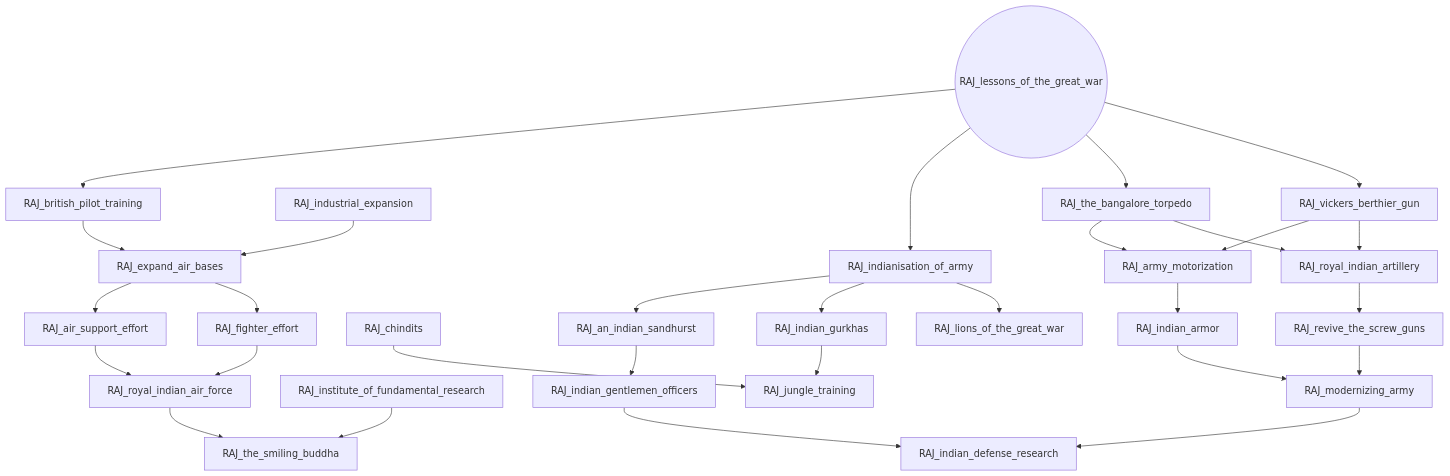
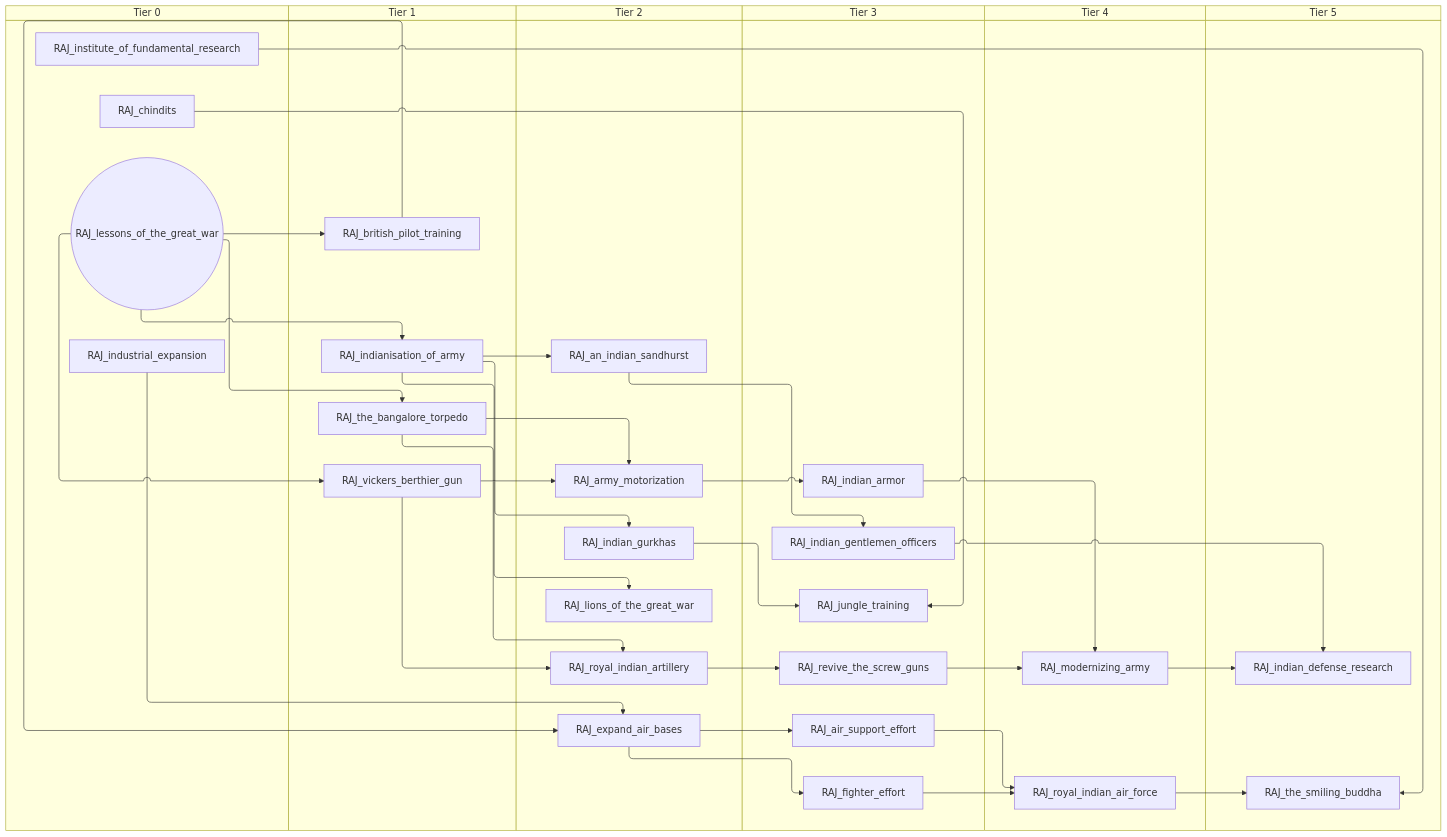
The second of 3 diagrams in docs/gdd/National Focuses/india.md (evgeny-sobol/hoi4-sandbox-mode), drawn with Mermaid before and after one commit. The commit also changed other lines of this file and 80 other files, not shown here.

First line of the commit message:
Add swimlane mode to focus graph exporter

````diff
--- a/docs/gdd/National Focuses/india.md
+++ b/docs/gdd/National Focuses/india.md
@@ -78,55 +92,67 @@
 ```mermaid
-flowchart TD
-    n2["RAJ_air_support_effort"]
-    n32["RAJ_an_indian_sandhurst"]
-    n33["RAJ_army_motorization"]
-    n5["RAJ_british_pilot_training"]
-    n34["RAJ_chindits"]
-    n11["RAJ_expand_air_bases"]
-    n13["RAJ_fighter_effort"]
-    n35["RAJ_indian_armor"]
-    n36["RAJ_indian_defense_research"]
-    n37["RAJ_indian_gentlemen_officers"]
-    n38["RAJ_indian_gurkhas"]
-    n39["RAJ_indianisation_of_army"]
-    n17["RAJ_industrial_expansion"]
-    n18["RAJ_institute_of_fundamental_research"]
-    n40["RAJ_jungle_training"]
-    n41(("RAJ_lessons_of_the_great_war"))
-    n42["RAJ_lions_of_the_great_war"]
-    n43["RAJ_modernizing_army"]
-    n44["RAJ_revive_the_screw_guns"]
-    n24["RAJ_royal_indian_air_force"]
-    n45["RAJ_royal_indian_artillery"]
-    n46["RAJ_the_bangalore_torpedo"]
-    n30["RAJ_the_smiling_buddha"]
-    n47["RAJ_vickers_berthier_gun"]
-    n11 --> n2
-    n39 --> n32
-    n46 --> n33
-    n47 --> n33
-    n41 --> n5
-    n5 --> n11
-    n17 --> n11
-    n11 --> n13
+swimlane-beta TD
+    subgraph tier_0["Tier 0"]
+        n32["RAJ_chindits"]
+        n4["RAJ_industrial_expansion"]
+        n22["RAJ_institute_of_fundamental_research"]
+        n33(("RAJ_lessons_of_the_great_war"))
+    end
+    subgraph tier_1["Tier 1"]
+        n1["RAJ_british_pilot_training"]
+        n34["RAJ_indianisation_of_army"]
+        n35["RAJ_the_bangalore_torpedo"]
+        n36["RAJ_vickers_berthier_gun"]
+    end
+    subgraph tier_2["Tier 2"]
+        n37["RAJ_an_indian_sandhurst"]
+        n38["RAJ_army_motorization"]
+        n6["RAJ_expand_air_bases"]
+        n39["RAJ_indian_gurkhas"]
+        n40["RAJ_lions_of_the_great_war"]
+        n41["RAJ_royal_indian_artillery"]
+    end
+    subgraph tier_3["Tier 3"]
+        n12["RAJ_air_support_effort"]
+        n14["RAJ_fighter_effort"]
+        n42["RAJ_indian_armor"]
+        n43["RAJ_indian_gentlemen_officers"]
+        n44["RAJ_jungle_training"]
+        n45["RAJ_revive_the_screw_guns"]
+    end
+    subgraph tier_4["Tier 4"]
+        n46["RAJ_modernizing_army"]
+        n23["RAJ_royal_indian_air_force"]
+    end
+    subgraph tier_5["Tier 5"]
+        n47["RAJ_indian_defense_research"]
+        n29["RAJ_the_smiling_buddha"]
+    end
+    n6 --> n12
+    n34 --> n37
+    n35 --> n38
+    n36 --> n38
+    n33 --> n1
+    n1 --> n6
+    n4 --> n6
+    n6 --> n14
+    n38 --> n42
+    n46 --> n47
+    n43 --> n47
+    n37 --> n43
+    n34 --> n39
+    n33 --> n34
+    n32 --> n44
+    n39 --> n44
+    n34 --> n40
+    n45 --> n46
+    n42 --> n46
+    n41 --> n45
+    n12 --> n23
+    n14 --> n23
+    n35 --> n41
+    n36 --> n41
     n33 --> n35
-    n43 --> n36
-    n37 --> n36
-    n32 --> n37
-    n39 --> n38
-    n41 --> n39
-    n34 --> n40
-    n38 --> n40
-    n39 --> n42
-    n44 --> n43
-    n35 --> n43
-    n45 --> n44
-    n2 --> n24
-    n13 --> n24
-    n46 --> n45
-    n47 --> n45
-    n41 --> n46
-    n24 --> n30
-    n18 --> n30
-    n41 --> n47
+    n23 --> n29
+    n22 --> n29
+    n33 --> n36
 ```
````
